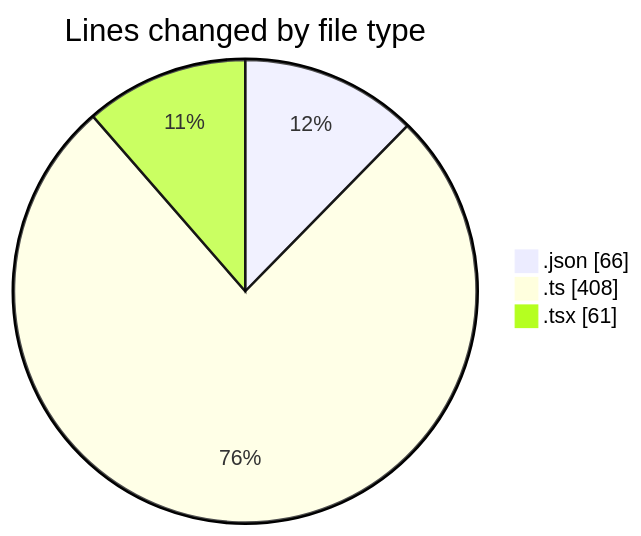
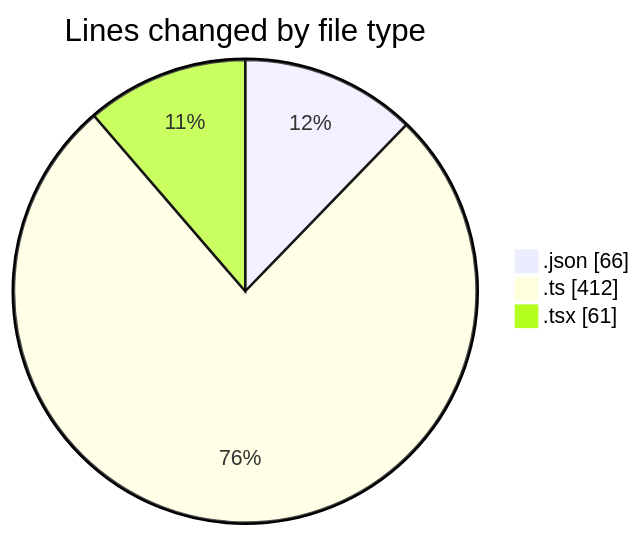
The first of 2 diagrams in 2025-05-09/cda/README.md (momahboobian/code-tracking), drawn with Mermaid before and after one commit. The commit also changed other lines of this file and 1 other file, not shown here.

````diff
--- a/2025-05-09/cda/README.md
+++ b/2025-05-09/cda/README.md
@@ -23,7 +23,7 @@
 ```mermaid
 pie showData
 title Lines changed by file type
 ".json" : 66
-".ts" : 408
+".ts" : 412
 ".tsx" : 61
 ```
````
